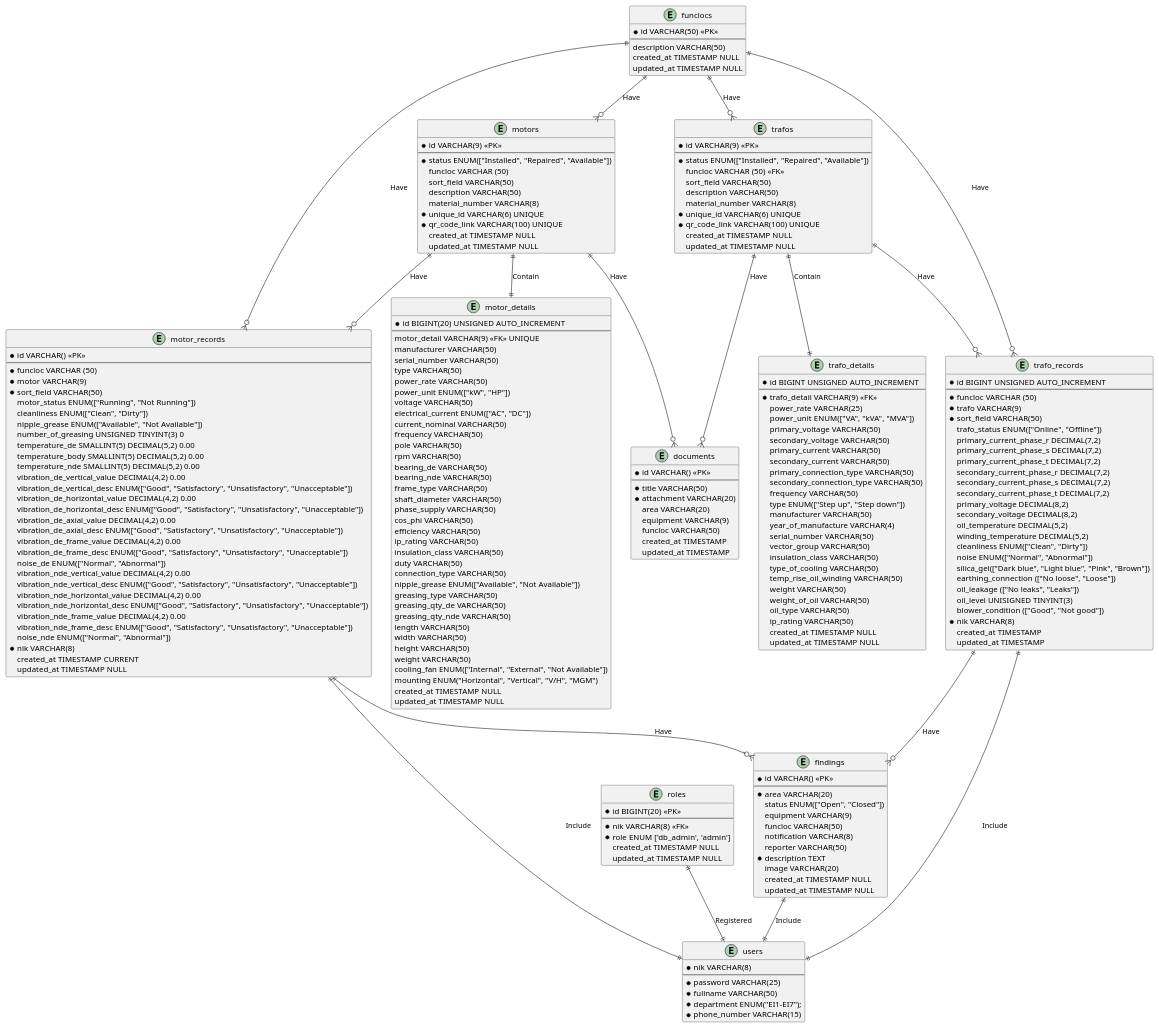
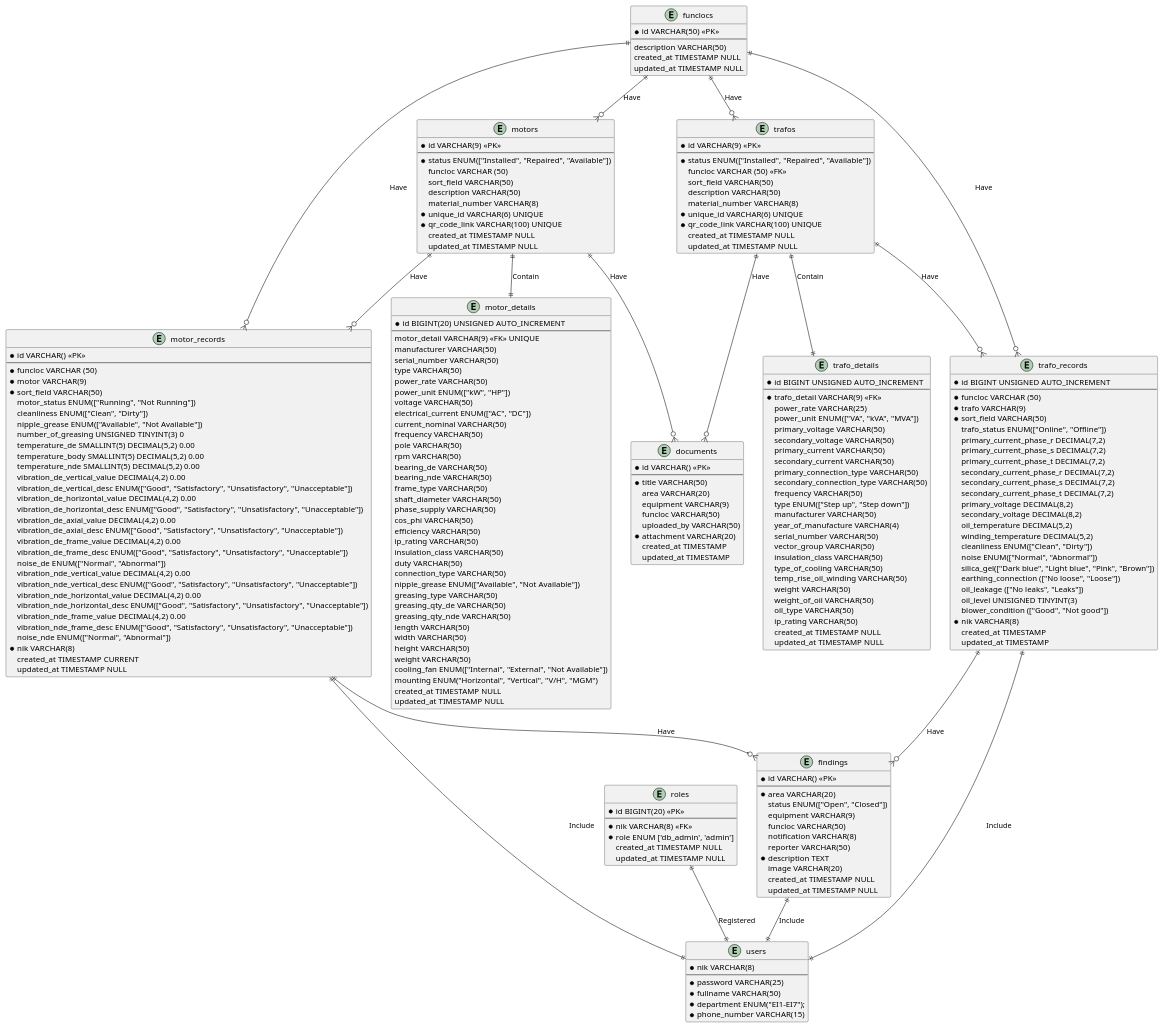
Before and after one commit to doniduaasattuu/fajar-e-maintenance: the diagram in docs/fajar_e_maintenance.puml, drawn with PlantUML. The commit also changed 17 other files, not shown here.

```diff
--- a/docs/fajar_e_maintenance.puml
+++ b/docs/fajar_e_maintenance.puml
@@ -207,10 +207,11 @@
   * id VARCHAR() <<PK>>
   --
   * title VARCHAR(50)
-  * attachment VARCHAR(20)
     area VARCHAR(20)
     equipment VARCHAR(9)
     funcloc VARCHAR(50)
+    uploaded_by VARCHAR(50)
+  * attachment VARCHAR(20)
     created_at TIMESTAMP
     updated_at TIMESTAMP
 }
```
